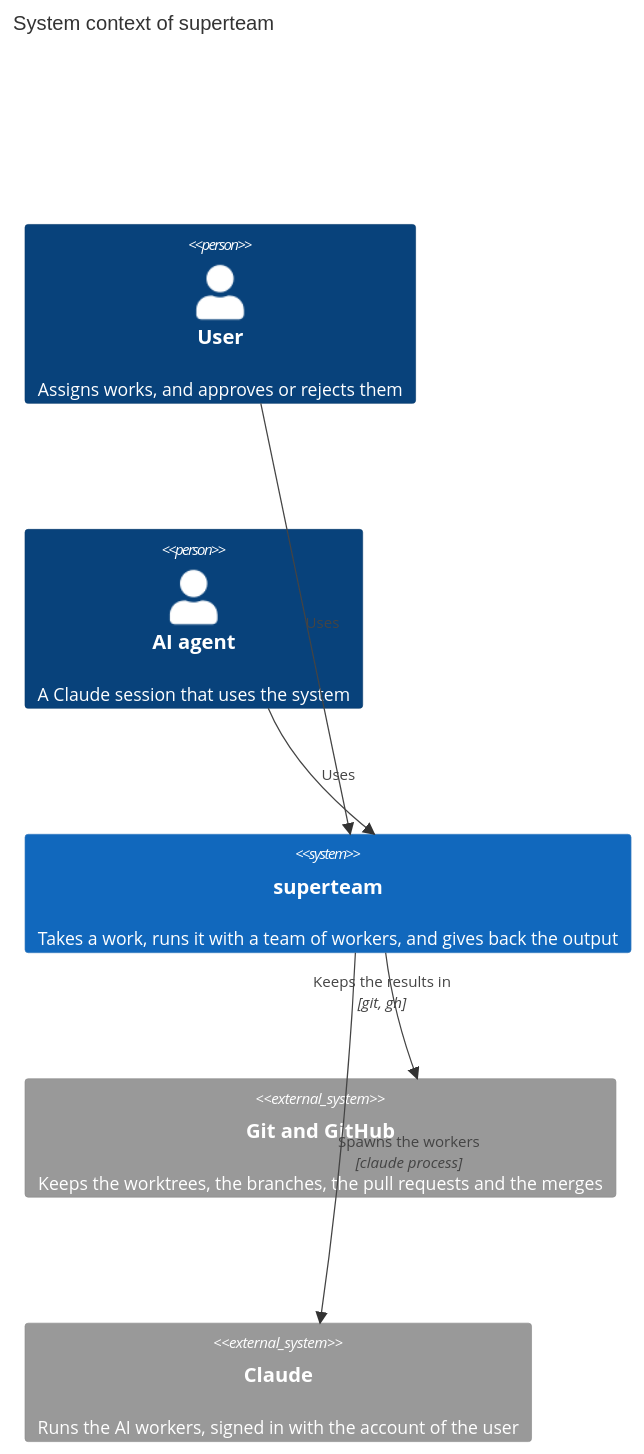
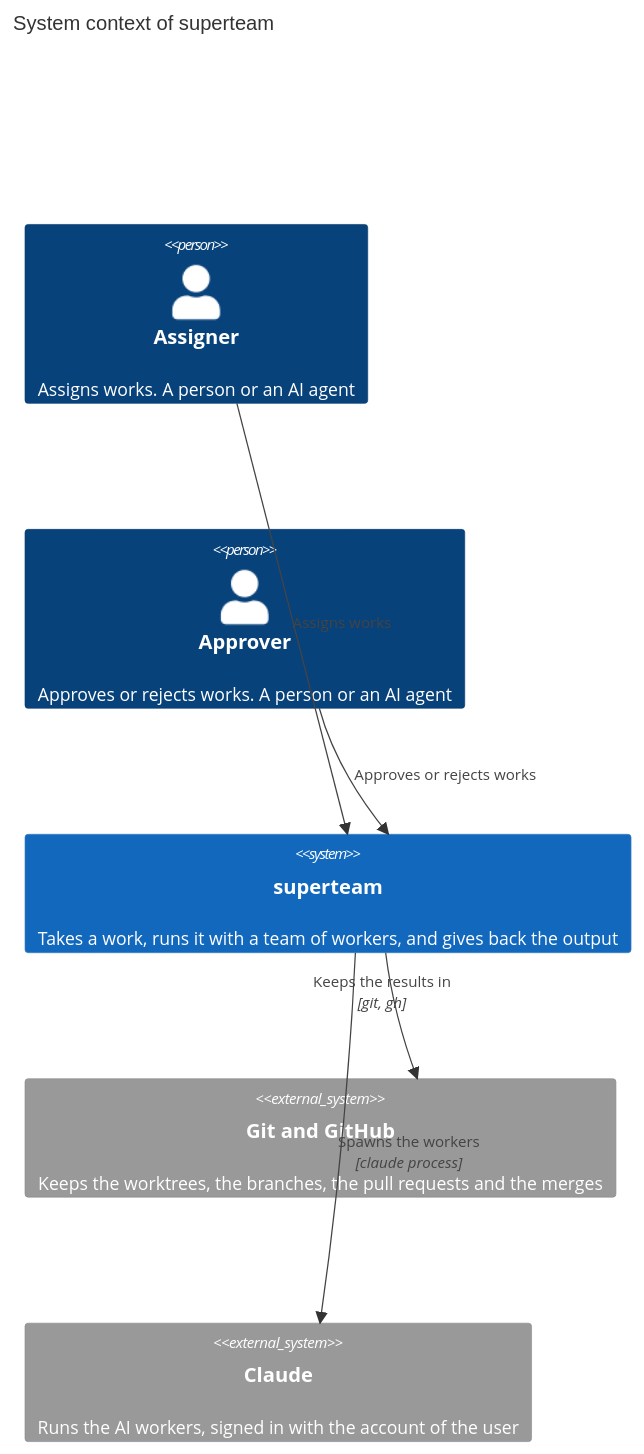
Before and after one commit to longlh/superteam: the first of 2 diagrams in docs/architecture.md, drawn with Mermaid. The commit also changed other lines of this file, not shown here.

First line of the commit message:
Split the actors and show the AI jobs in a Claude container

````diff
--- a/docs/architecture.md
+++ b/docs/architecture.md
@@ -48,18 +49,18 @@
 ```mermaid
 C4Context
     title System context of superteam
 
-    Person(user, "User", "Assigns works, and approves or rejects them")
-    Person(agent, "AI agent", "A Claude session that uses the system")
+    Person(assigner, "Assigner", "Assigns works. A person or an AI agent")
+    Person(approver, "Approver", "Approves or rejects works. A person or an AI agent")
     System(superteam, "superteam", "Takes a work, runs it with a team of workers, and gives back the output")
     System_Ext(git, "Git and GitHub", "Keeps the worktrees, the branches, the pull requests and the merges")
     System_Ext(claude, "Claude", "Runs the AI workers, signed in with the account of the user")
 
-    Rel(user, superteam, "Uses")
-    Rel(agent, superteam, "Uses")
+    Rel(assigner, superteam, "Assigns works")
+    Rel(approver, superteam, "Approves or rejects works")
     Rel(superteam, git, "Keeps the results in", "git, gh")
     Rel(superteam, claude, "Spawns the workers", "claude process")
 
     UpdateRelStyle(superteam, git, $offsetX="-70", $offsetY="-30")
     UpdateLayoutConfig($c4ShapeInRow="2", $c4BoundaryInRow="1")
 ```
````
